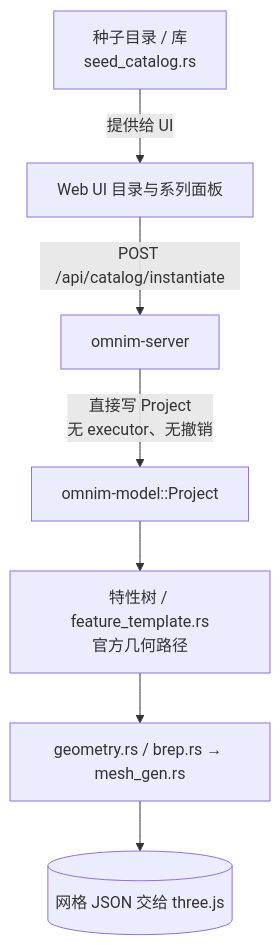
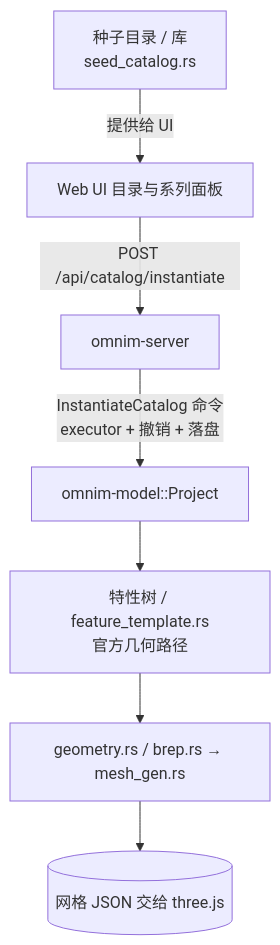
One commit to ronekyng/OmniM changed the fourth of 5 diagrams in docs/architecture/DATA_FLOW.zh-CN.md. Above: the diagram before and after it, drawn with Mermaid. The commit also changed other lines of this file and 43 other files, not shown here.

````diff
--- a/docs/architecture/DATA_FLOW.zh-CN.md
+++ b/docs/architecture/DATA_FLOW.zh-CN.md
@@ -188,9 +189,9 @@
 ```mermaid
 flowchart TD
     A[种子目录 / 库<br/>seed_catalog.rs] -->|提供给 UI| U[Web UI 目录与系列面板]
     U -->|POST /api/catalog/instantiate| S[omnim-server]
-    S -->|直接写 Project<br/>无 executor、无撤销| M[omnim-model::Project]
+    S -->|InstantiateCatalog 命令<br/>executor + 撤销 + 落盘| M[omnim-model::Project]
     M --> F[特性树 / feature_template.rs<br/>官方几何路径]
     F --> G[geometry.rs / brep.rs → mesh_gen.rs]
     G --> J[(网格 JSON 交给 three.js)]
 ```
````
